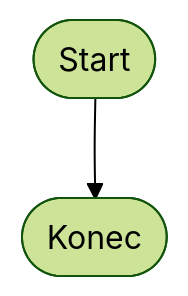
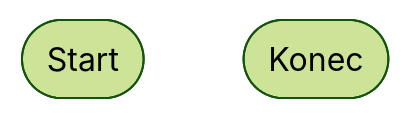
One commit to Abot76/ocenjevanja-zapiski changed the first of 9 diagrams in Računalništvo/3. letnik/test.md. Above: the diagram before and after it, drawn with Mermaid (forest theme). The commit also changed other lines of this file, not shown here.

````diff
--- a/Računalništvo/3. letnik/test.md
+++ b/Računalništvo/3. letnik/test.md
@@ -44,4 +74,5 @@
 ```mermaid
 flowchart TD
-	A([Start]) --> B([Konec])
+	A([Start])
+	B([Konec])
 ```
````
